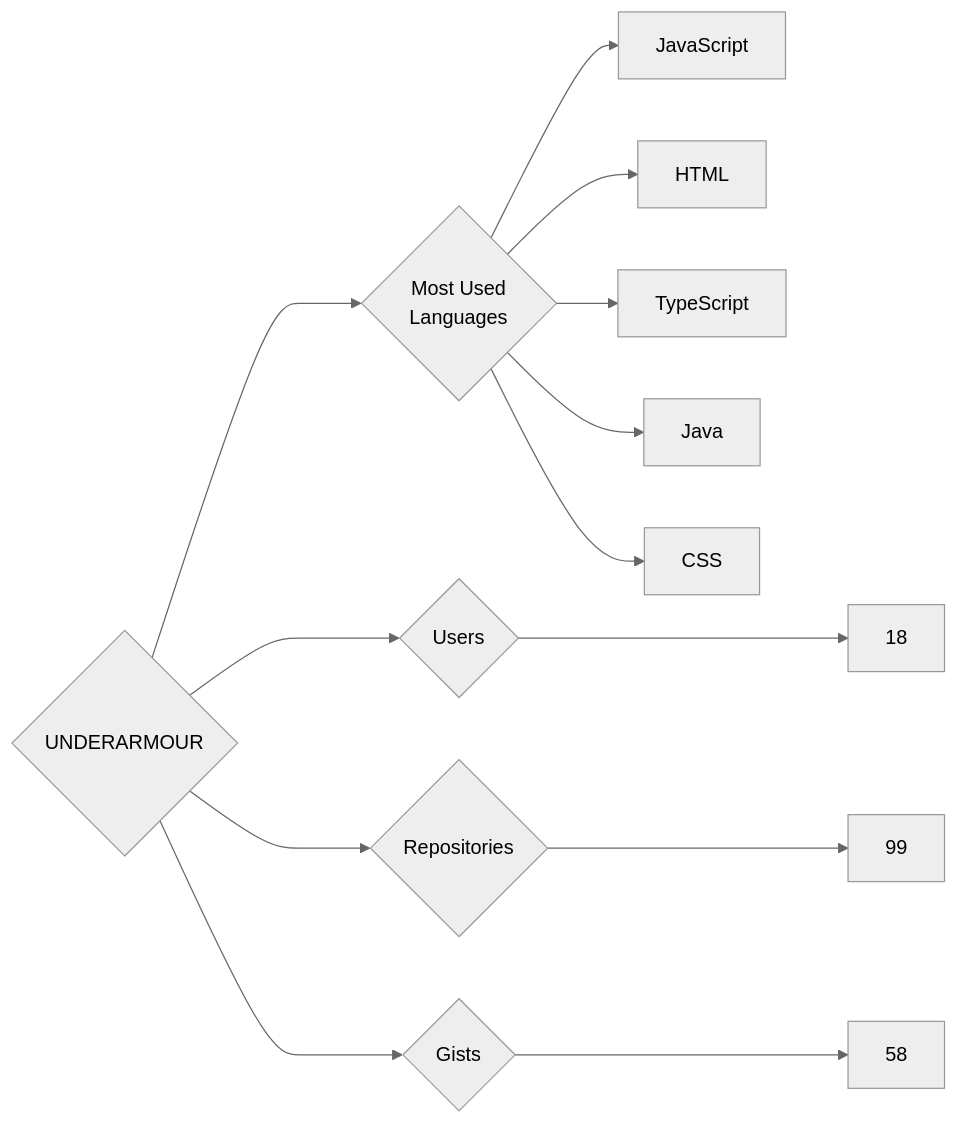
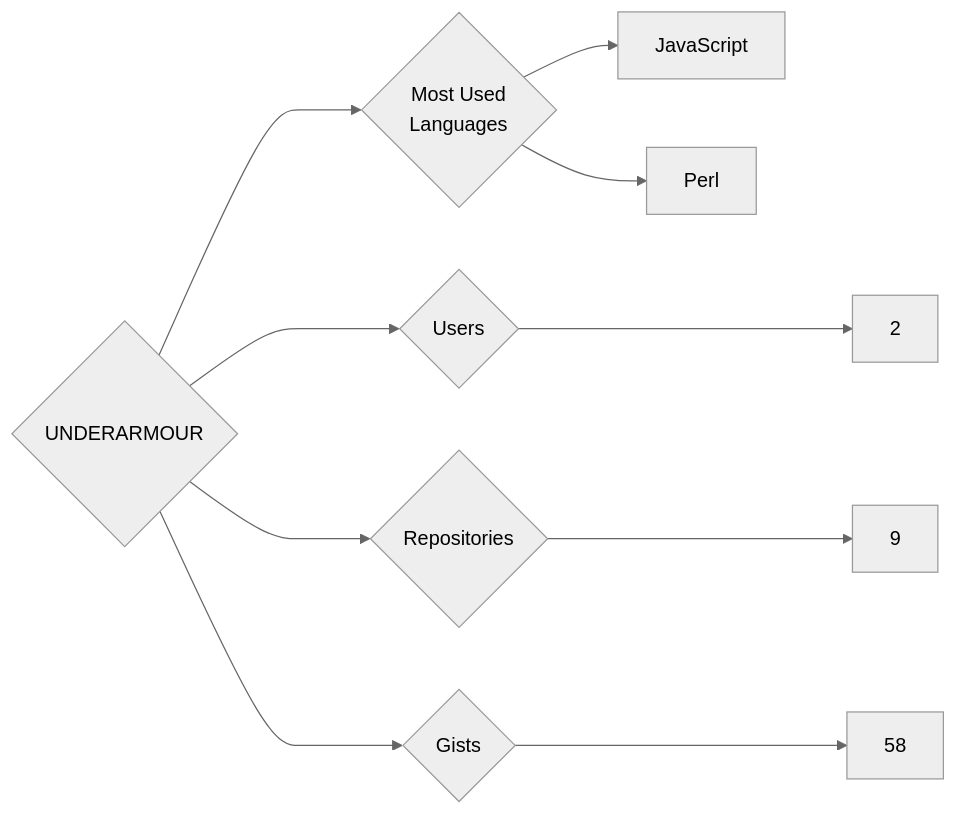
Before and after one commit to trickest/insiders: the diagram in targets/UNDERARMOUR/README.md, drawn with Mermaid (neutral theme). The commit also changed 829 other files, not shown here.

````diff
--- a/targets/UNDERARMOUR/README.md
+++ b/targets/UNDERARMOUR/README.md
@@ -3,13 +3,10 @@
 ```mermaid
 graph LR
 COMPANY_NAME{UNDERARMOUR}
-COMPANY_NAME ---> U{Users} ---> UN[18]
-COMPANY_NAME ---> R{Repositories} ---> RN[99]
+COMPANY_NAME ---> U{Users} ---> UN[2]
+COMPANY_NAME ---> R{Repositories} ---> RN[9]
 COMPANY_NAME ---> G{Gists} ---> GN[58]
 COMPANY_NAME ---> ML{Most Used<br>Languages}
 ML --> JavaScript[JavaScript]
-ML --> HTML[HTML]
-ML --> TypeScript[TypeScript]
-ML --> Java[Java]
-ML --> CSS[CSS]
+ML --> Perl[Perl]
 ```
````
